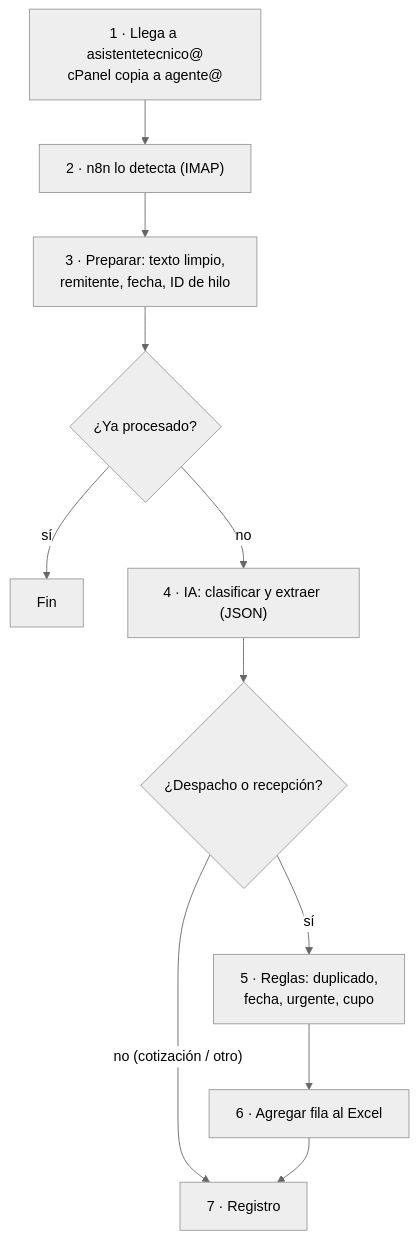
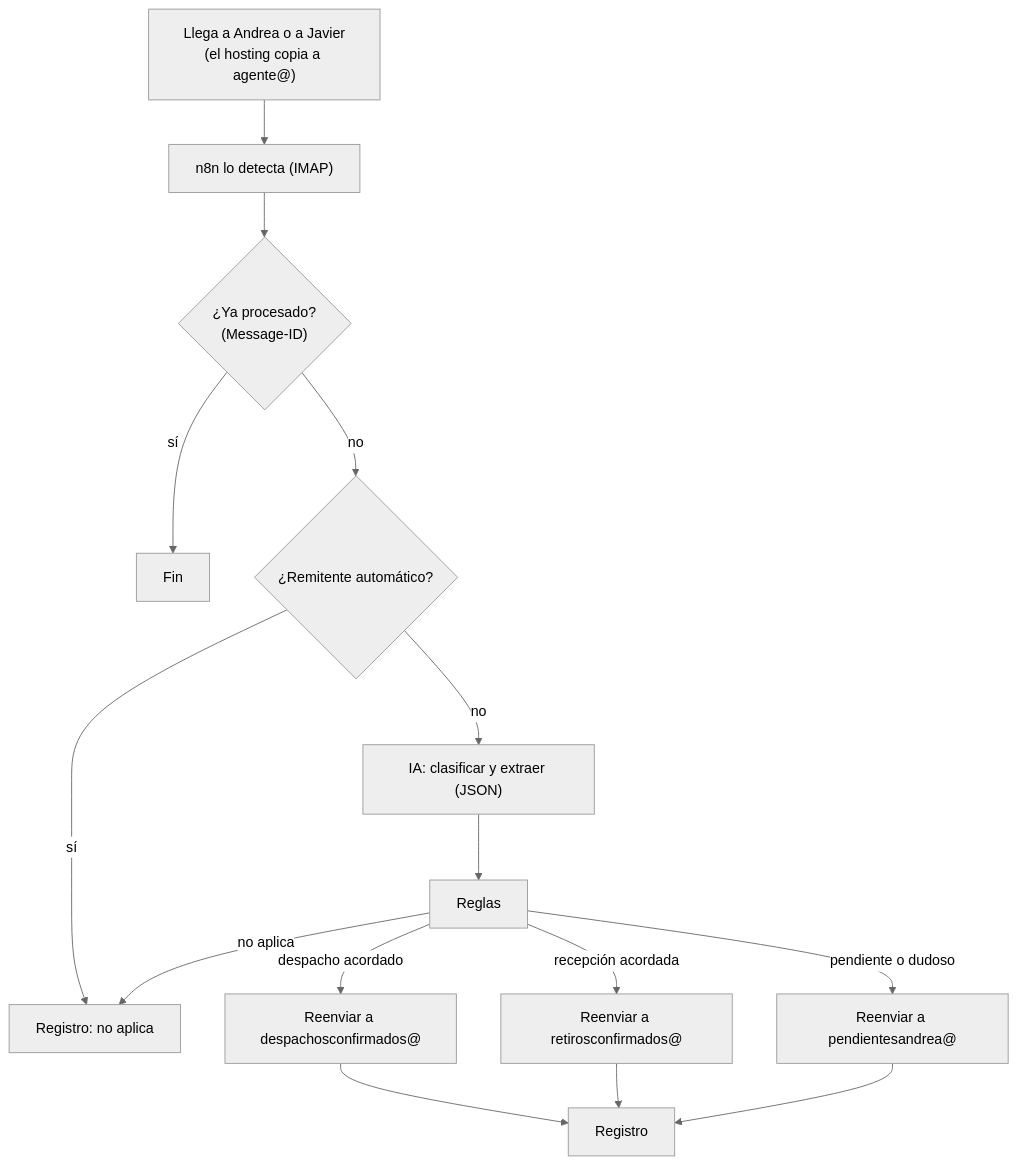
The diagram in docs/07-agente-v1.md (zhbozzo/alzatec), drawn with Mermaid (neutral theme) before and after one commit. The commit also changed other lines of this file and 8 other files, not shown here.

````diff
--- a/docs/07-agente-v1.md
+++ b/docs/07-agente-v1.md
@@ -25,13 +16,17 @@
 ```mermaid
 flowchart TD
-  A["1 · Llega a asistentetecnico@<br/>cPanel copia a agente@"] --> B["2 · n8n lo detecta (IMAP)"]
-  B --> C["3 · Preparar: texto limpio,<br/>remitente, fecha, ID de hilo"]
-  C --> D{"¿Ya procesado?"}
-  D -->|sí| Z["Fin"]
-  D -->|no| E["4 · IA: clasificar y extraer (JSON)"]
-  E --> F{"¿Despacho o recepción?"}
-  F -->|"no (cotización / otro)"| L["7 · Registro"]
-  F -->|sí| G["5 · Reglas: duplicado,<br/>fecha, urgente, cupo"]
-  G --> H["6 · Agregar fila al Excel"]
-  H --> L
+  A["Llega a Andrea o a Javier<br/>(el hosting copia a agente@)"] --> B["n8n lo detecta (IMAP)"]
+  B --> C{"¿Ya procesado?<br/>(Message-ID)"}
+  C -->|sí| Z["Fin"]
+  C -->|no| D{"¿Remitente automático?"}
+  D -->|sí| L["Registro: no aplica"]
+  D -->|no| E["IA: clasificar y extraer (JSON)"]
+  E --> F["Reglas"]
+  F -->|despacho acordado| G1["Reenviar a despachosconfirmados@"]
+  F -->|recepción acordada| G2["Reenviar a retirosconfirmados@"]
+  F -->|pendiente o dudoso| G3["Reenviar a pendientesandrea@"]
+  F -->|no aplica| L
+  G1 --> L2["Registro"]
+  G2 --> L2
+  G3 --> L2
 ```
````
